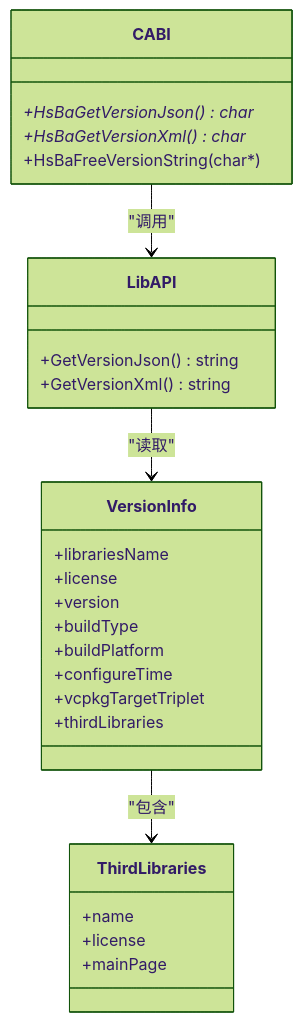
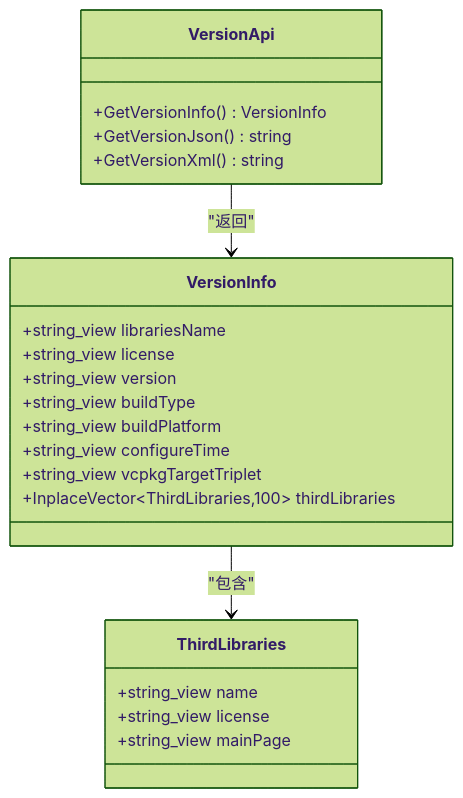
The fifth of 6 diagrams in .qoder/repowiki/zh/content/附录.md (hsmbanlance/HsBaSlicer), drawn with Mermaid (forest theme) before and after one commit. The commit also changed other lines of this file and 1095 other files, not shown here.

````diff
--- a/.qoder/repowiki/zh/content/附录.md
+++ b/.qoder/repowiki/zh/content/附录.md
@@ -256,30 +285,25 @@
 ```mermaid
 classDiagram
 class VersionInfo {
-+librariesName
-+license
-+version
-+buildType
-+buildPlatform
-+configureTime
-+vcpkgTargetTriplet
-+thirdLibraries
++string_view librariesName
++string_view license
++string_view version
++string_view buildType
++string_view buildPlatform
++string_view configureTime
++string_view vcpkgTargetTriplet
++InplaceVector~ThirdLibraries,100~ thirdLibraries
 }
 class ThirdLibraries {
-+name
-+license
-+mainPage
++string_view name
++string_view license
++string_view mainPage
 }
-class LibAPI {
+class VersionApi {
++GetVersionInfo() VersionInfo
 +GetVersionJson() string
 +GetVersionXml() string
 }
-class CABI {
-+HsBaGetVersionJson() char*
-+HsBaGetVersionXml() char*
-+HsBaFreeVersionString(char*)
-}
-LibAPI --> VersionInfo : "读取"
-CABI --> LibAPI : "调用"
+VersionApi --> VersionInfo : "返回"
 VersionInfo --> ThirdLibraries : "包含"
 ```
````
